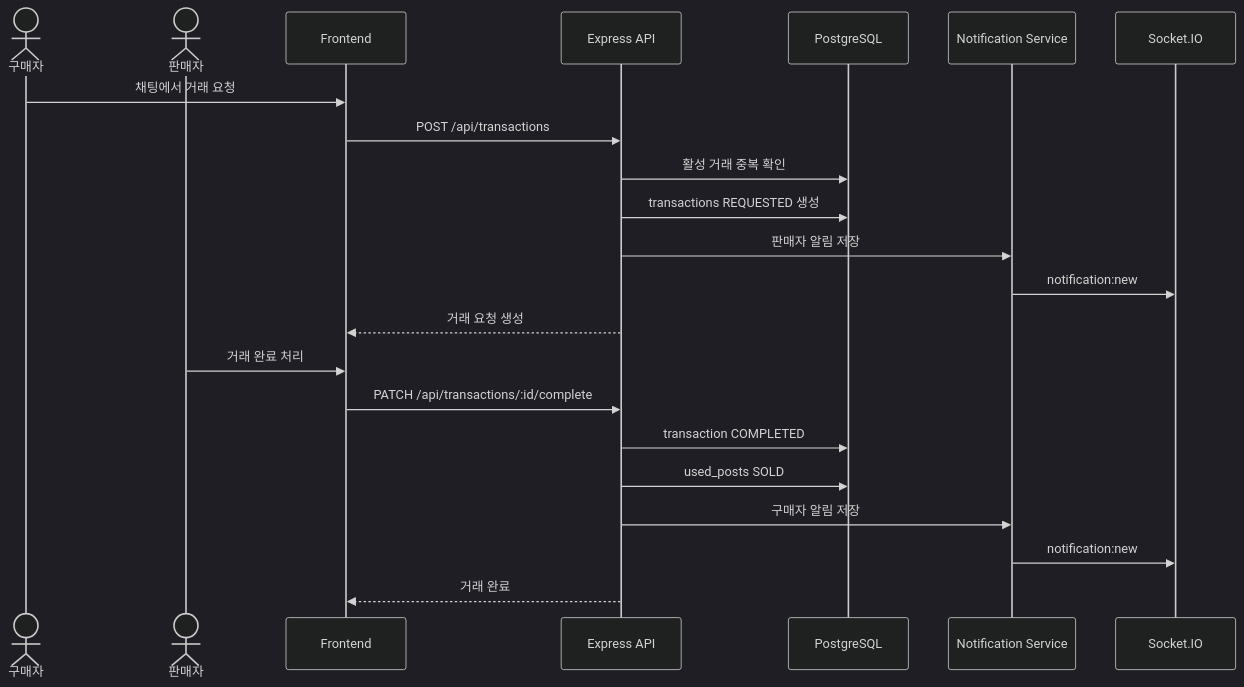
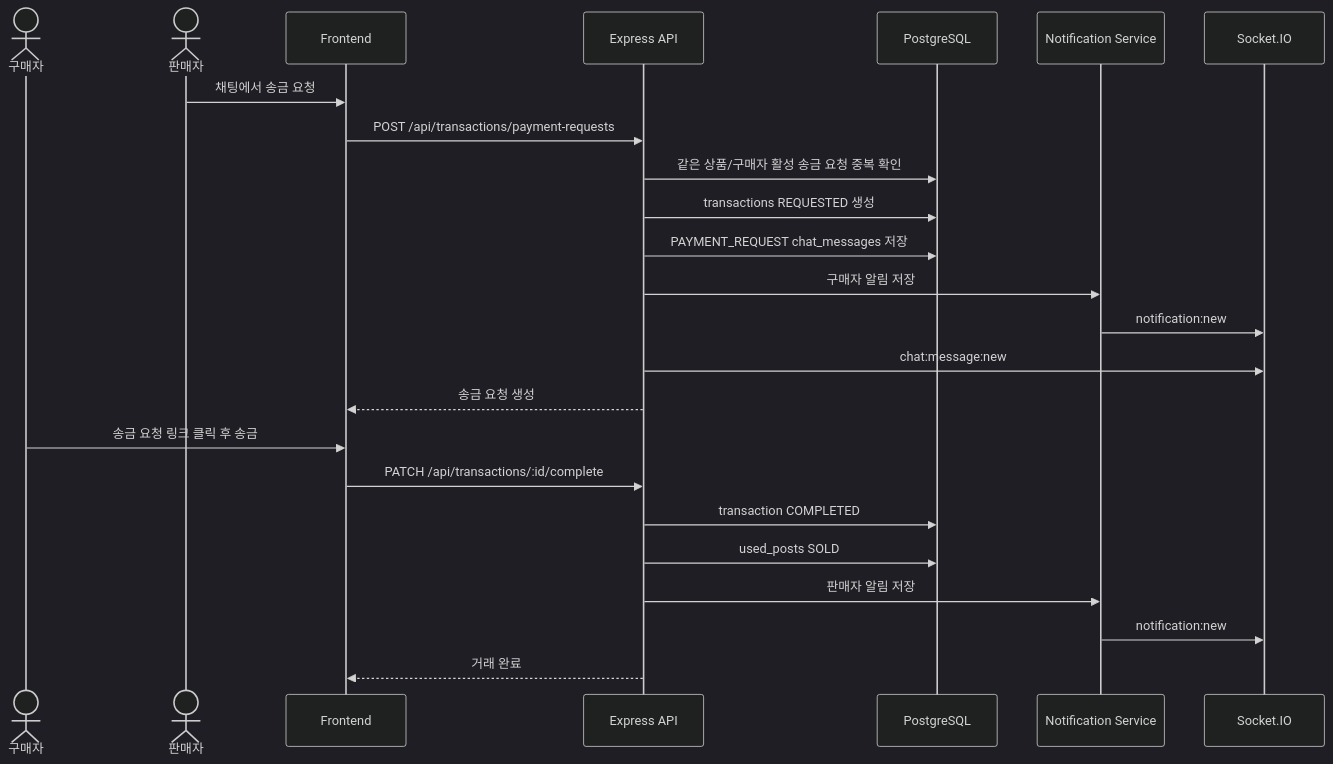
Before and after one commit to hurwan0629/potato-land: the diagram in docs/Potato-Land-Docs/04. 다이어그램/C-02 중고거래 거래완료 시퀀스.md, drawn with Mermaid (dark theme). The commit also changed other lines of this file and 27 other files, not shown here.

Commit message:
docs: update docs and synchronize with front flow

````diff
--- a/docs/Potato-Land-Docs/04. 다이어그램/C-02 중고거래 거래완료 시퀀스.md
+++ b/docs/Potato-Land-Docs/04. 다이어그램/C-02 중고거래 거래완료 시퀀스.md
@@ -3,26 +3,28 @@
 ```mermaid
 sequenceDiagram
     actor B as 구매자
     actor S as 판매자
     participant F as Frontend
     participant A as Express API
     participant D as PostgreSQL
     participant N as Notification Service
     participant IO as Socket.IO
 
-    B->>F: 채팅에서 거래 요청
-    F->>A: POST /api/transactions
-    A->>D: 활성 거래 중복 확인
+    S->>F: 채팅에서 송금 요청
+    F->>A: POST /api/transactions/payment-requests
+    A->>D: 같은 상품/구매자 활성 송금 요청 중복 확인
     A->>D: transactions REQUESTED 생성
-    A->>N: 판매자 알림 저장
+    A->>D: PAYMENT_REQUEST chat_messages 저장
+    A->>N: 구매자 알림 저장
     N->>IO: notification:new
-    A-->>F: 거래 요청 생성
+    A->>IO: chat:message:new
+    A-->>F: 송금 요청 생성
 
-    S->>F: 거래 완료 처리
+    B->>F: 송금 요청 링크 클릭 후 송금
     F->>A: PATCH /api/transactions/:id/complete
     A->>D: transaction COMPLETED
     A->>D: used_posts SOLD
-    A->>N: 구매자 알림 저장
+    A->>N: 판매자 알림 저장
     N->>IO: notification:new
     A-->>F: 거래 완료
 ```
````
